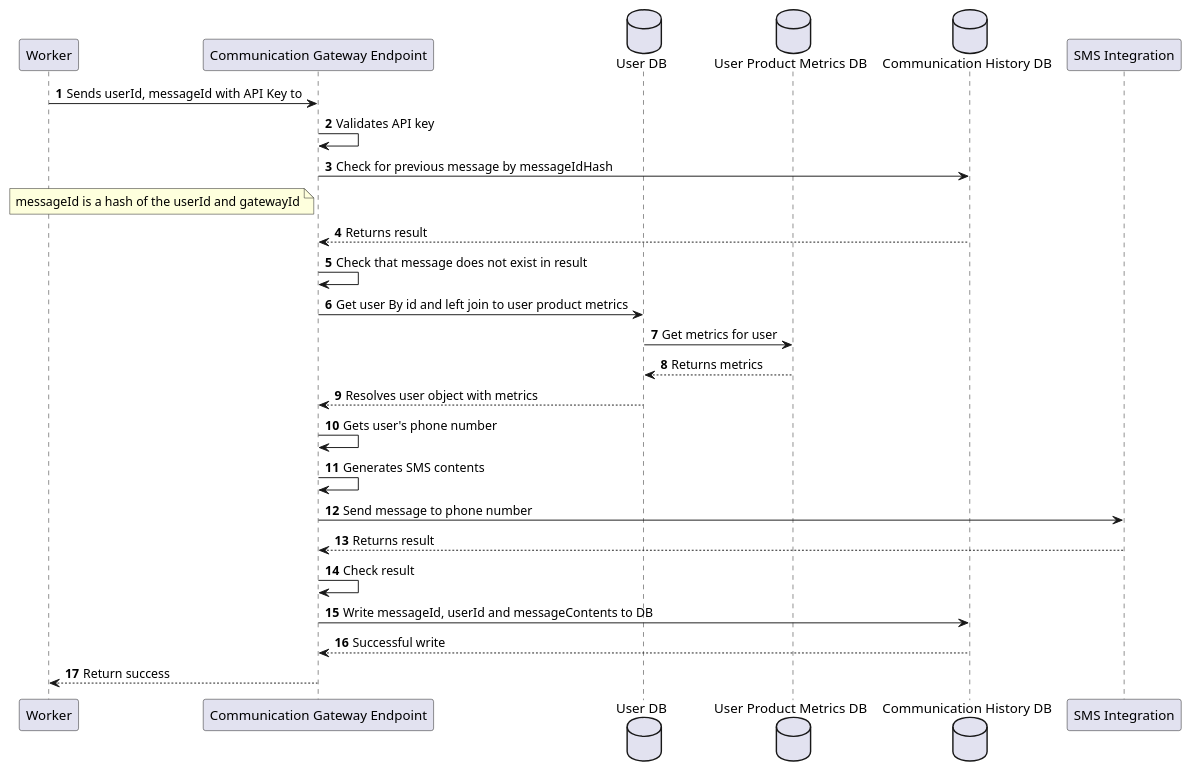
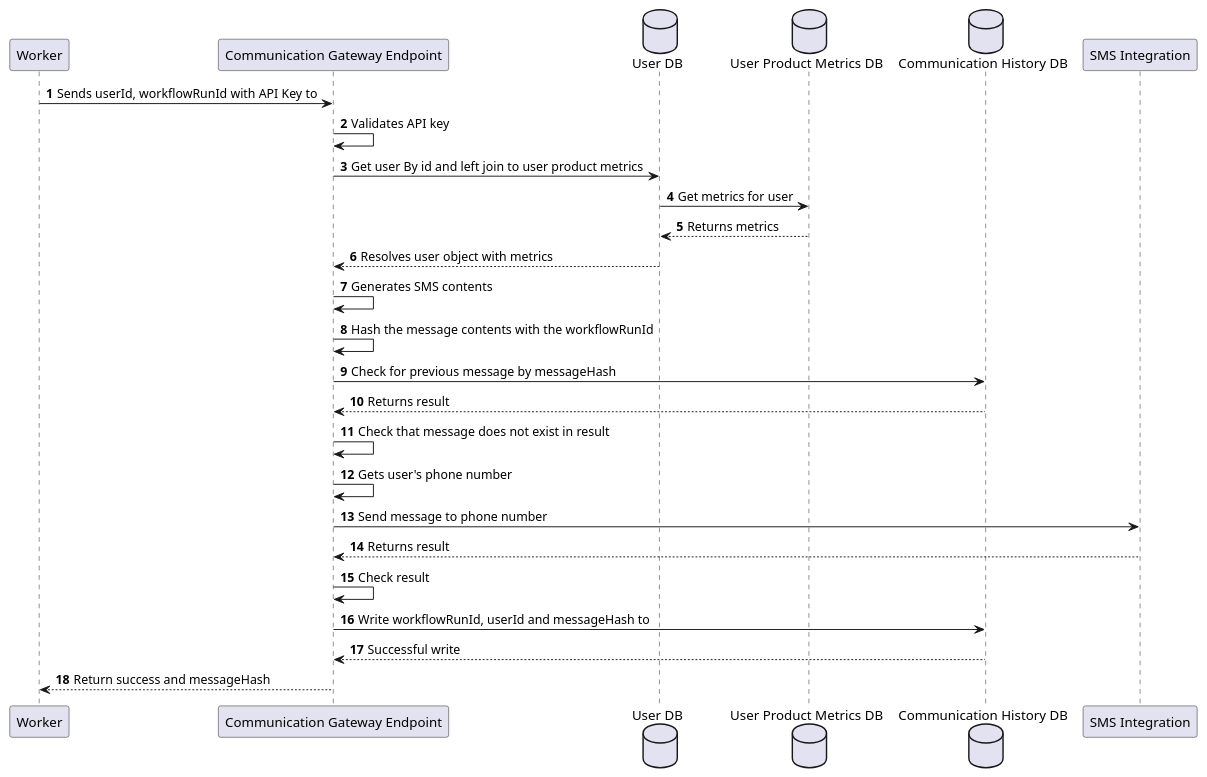
Before and after one commit to CameronWard301/communication_scheduler: the diagram in Designs/Sequence Diagrams/InvokeGateway.puml, drawn with PlantUML. The commit also changed 9 other files, not shown here.

Commit message:
refined Gateway design to accept workflowRunId

```diff
--- a/Designs/Sequence Diagrams/InvokeGateway.puml
+++ b/Designs/Sequence Diagrams/InvokeGateway.puml
@@ -1,34 +1,35 @@
 @startuml Create New Workflow
 
 participant "Worker" as worker
 participant "Communication Gateway Endpoint" as gateway
 database "User DB" as userDB
 database "User Product Metrics DB" as metricsDB
 database "Communication History DB" as historyDB
 participant "SMS Integration" as sms
 
 autonumber
 
-worker -> gateway: Sends userId, messageId with API Key to
+worker -> gateway: Sends userId, workflowRunId with API Key to
 gateway -> gateway: Validates API key
-gateway -> historyDB: Check for previous message by messageIdHash
-note left of gateway
-messageId is a hash of the userId and gatewayId
-end note
-historyDB --> gateway: Returns result
-gateway -> gateway: Check that message does not exist in result
 gateway -> userDB: Get user By id and left join to user product metrics
 userDB -> metricsDB: Get metrics for user
 metricsDB --> userDB: Returns metrics
 userDB --> gateway: Resolves user object with metrics
-gateway -> gateway: Gets user's phone number
 
 gateway -> gateway: Generates SMS contents
+gateway -> gateway: Hash the message contents with the workflowRunId
+
+gateway -> historyDB: Check for previous message by messageHash
+
+historyDB --> gateway: Returns result
+gateway -> gateway: Check that message does not exist in result
+
+gateway -> gateway: Gets user's phone number
 gateway -> sms: Send message to phone number
 sms --> gateway: Returns result
 gateway -> gateway: Check result
-gateway -> historyDB: Write messageId, userId and messageContents to DB
+gateway -> historyDB: Write workflowRunId, userId and messageHash to
 historyDB --> gateway: Successful write
-gateway --> worker: Return success
+gateway --> worker: Return success and messageHash
 
 @enduml
```
